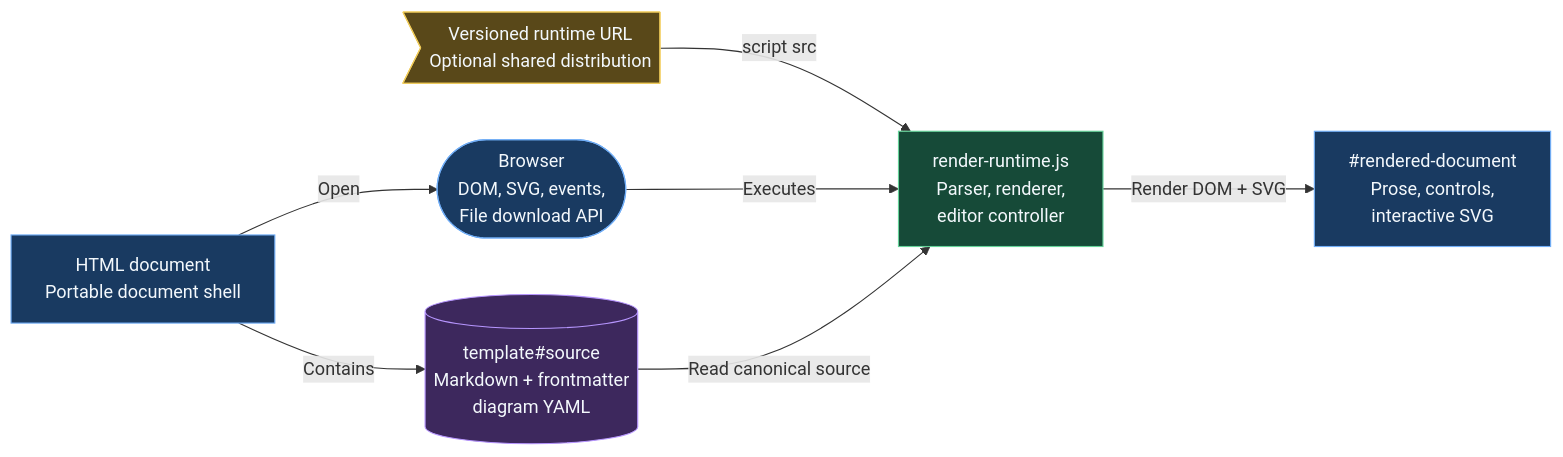
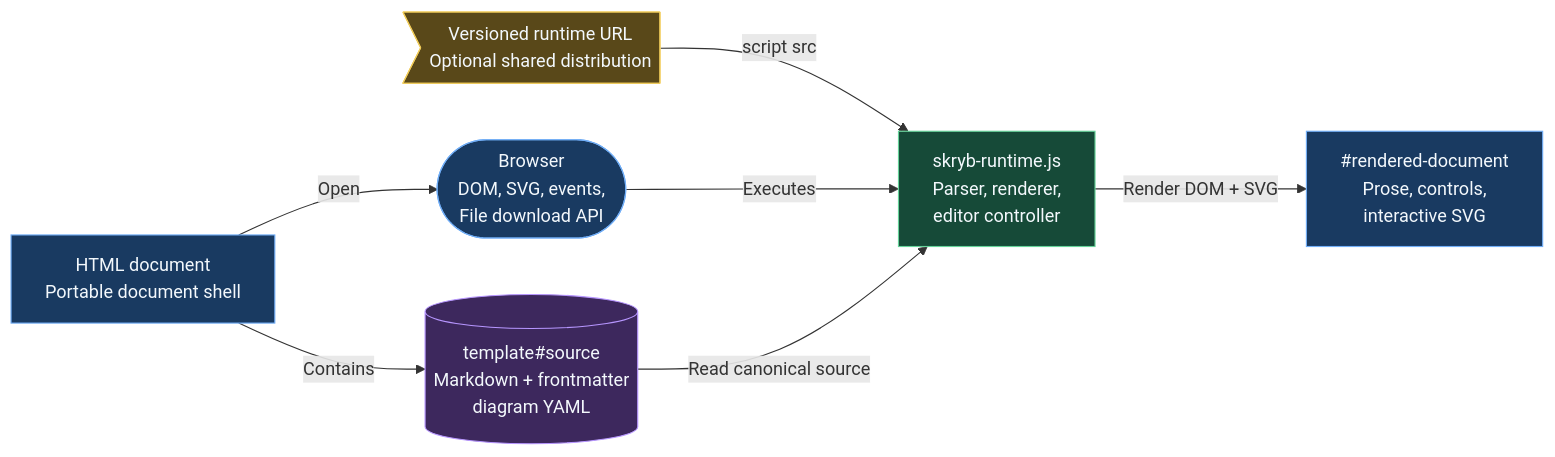
One commit to sparkkz-nz/render changed the first of 4 diagrams in application-architecture.md. Above: the diagram before and after it, drawn with Mermaid. The commit also changed other lines of this file and 19 other files, not shown here.

Commit message:
Publish Skryb runtime channels

````diff
--- a/application-architecture.md
+++ b/application-architecture.md
@@ -22,25 +22,25 @@
 ```mermaid
 flowchart LR
   htmlDocument[HTML document<br/>Portable document shell]
   sourceTemplate[(template#source<br/>Markdown + frontmatter<br/>diagram YAML)]
   browser([Browser<br/>DOM, SVG, events,<br/>File download API])
-  runtime[render-runtime.js<br/>Parser, renderer,<br/>editor controller]
+  runtime[skryb-runtime.js<br/>Parser, renderer,<br/>editor controller]
   renderedOutput[#rendered-document<br/>Prose, controls,<br/>interactive SVG]
   hostedRuntime>Versioned runtime URL<br/>Optional shared distribution]
 
   htmlDocument -->|Contains| sourceTemplate
   htmlDocument -->|Open| browser
   hostedRuntime -->|script src| runtime
   browser -->|Executes| runtime
   sourceTemplate -->|Read canonical source| runtime
   runtime -->|Render DOM + SVG| renderedOutput
 
   classDef application fill:#193A61,stroke:#71AEF7,color:#F3F8FC
   classDef service fill:#164A38,stroke:#66D39A,color:#F3F8FC
   classDef datastore fill:#3D285D,stroke:#B796FF,color:#F3F8FC
   classDef note fill:#594819,stroke:#F1CC58,color:#F3F8FC
   class htmlDocument,browser,renderedOutput application
   class runtime service
   class sourceTemplate datastore
   class hostedRuntime note
 ```
````
